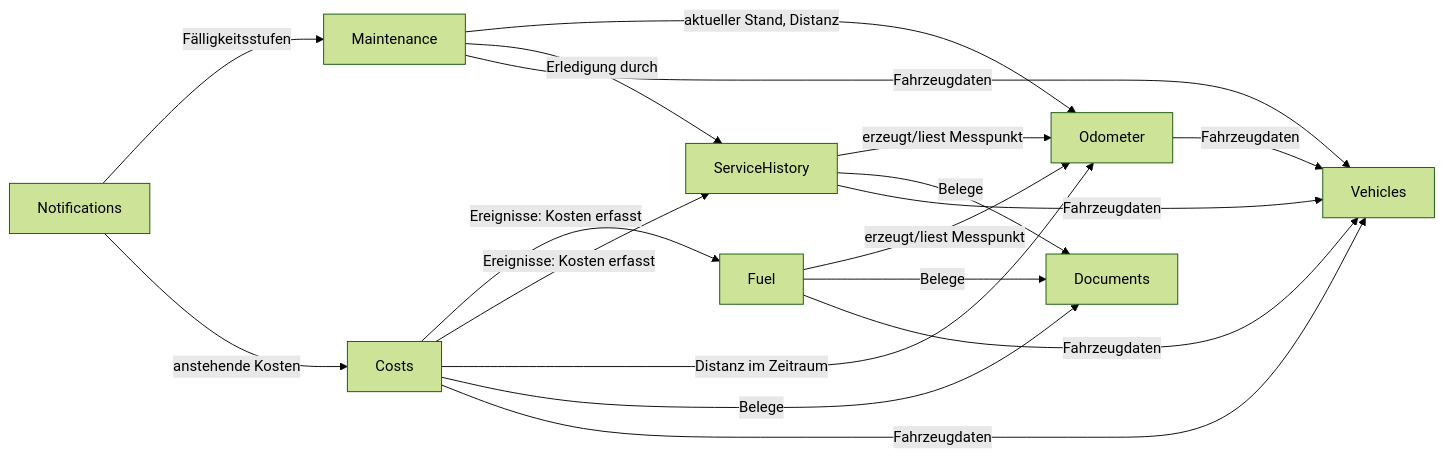
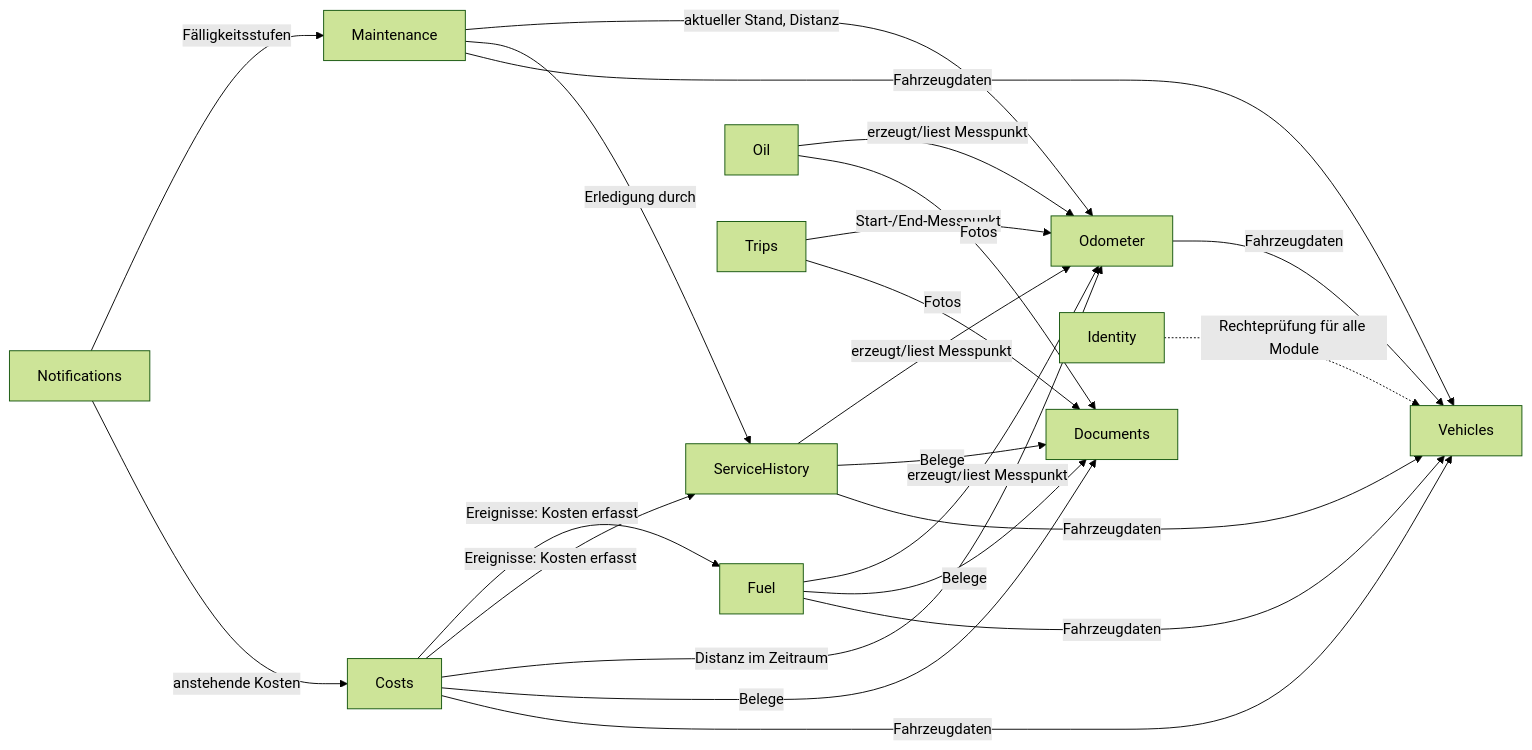
Before and after one commit to Sh1su/vector: the diagram in docs/phase-2/10-domaene-uebersicht.md, drawn with Mermaid (forest theme). The commit also changed other lines of this file and 13 other files, not shown here.

First line of the commit message:
Phase 2 AP-4: Domänenmodelle Vehicles, Identity, Oil, Trips, Documents, Notes

````diff
--- a/docs/phase-2/10-domaene-uebersicht.md
+++ b/docs/phase-2/10-domaene-uebersicht.md
@@ -20,23 +26,27 @@
 ```mermaid
 flowchart LR
   Vehicles[Vehicles]
   Odometer[Odometer]
   Fuel[Fuel]
   Service[ServiceHistory]
   Maint[Maintenance]
   Costs[Costs]
   Docs[Documents]
   Notif[Notifications]
 
   Fuel -->|erzeugt/liest Messpunkt| Odometer
   Service -->|erzeugt/liest Messpunkt| Odometer
   Maint -->|aktueller Stand, Distanz| Odometer
   Maint -->|Erledigung durch| Service
   Costs -->|Ereignisse: Kosten erfasst| Fuel
   Costs -->|Ereignisse: Kosten erfasst| Service
   Costs -->|Distanz im Zeitraum| Odometer
   Notif -->|Fälligkeitsstufen| Maint
   Notif -->|anstehende Kosten| Costs
   Fuel & Service & Costs -->|Belege| Docs
+  Oil[Oil] -->|erzeugt/liest Messpunkt| Odometer
+  Trips[Trips] -->|Start-/End-Messpunkt| Odometer
+  Oil & Trips -->|Fotos| Docs
+  Identity[Identity] -.->|Rechteprüfung für alle Module| Vehicles
   Odometer & Fuel & Service & Maint & Costs -->|Fahrzeugdaten| Vehicles
 ```
````
